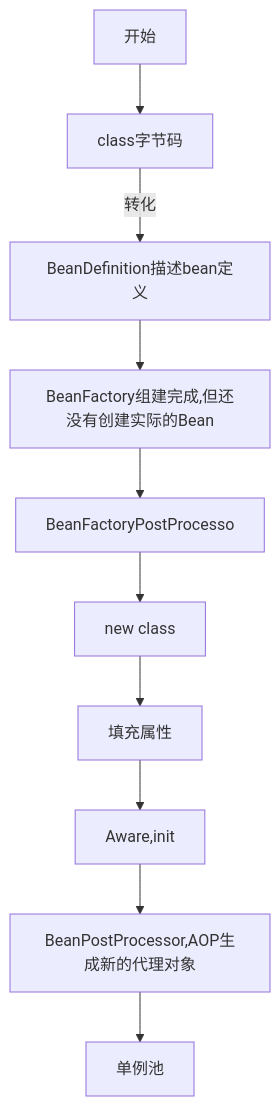
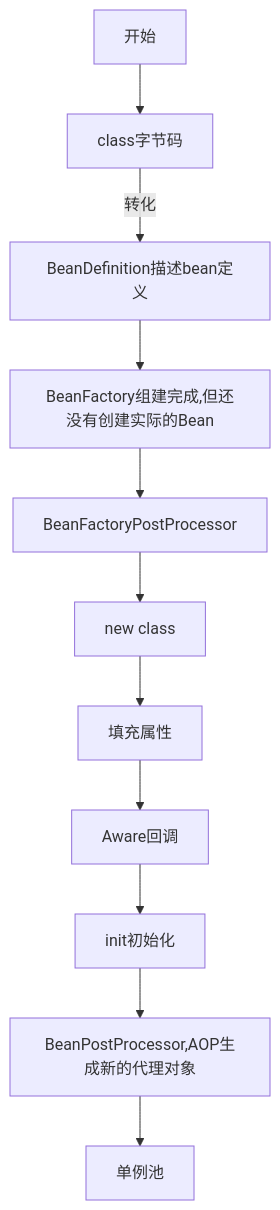
One commit to iSteinsGate/note changed the diagram in spring.md. Above: the diagram before and after it, drawn with Mermaid. The commit also changed other lines of this file, not shown here.

````diff
--- a/spring.md
+++ b/spring.md
@@ -17,4 +17,4 @@
 ```mermaid
 graph TD
-开始--> A[class字节码] --转化-->BeanDefinition描述bean定义-->BeanFactory组建完成,但还没有创建实际的Bean-->BeanFactoryPostProcesso-->B[new class]-->填充属性-->Aware,init-->BeanPostProcessor,AOP生成新的代理对象-->单例池
+开始--> A[class字节码] --转化-->BeanDefinition描述bean定义-->BeanFactory组建完成,但还没有创建实际的Bean-->BeanFactoryPostProcessor-->B[new class]-->填充属性-->Aware回调-->init初始化-->BeanPostProcessor,AOP生成新的代理对象-->单例池
 ```
````
